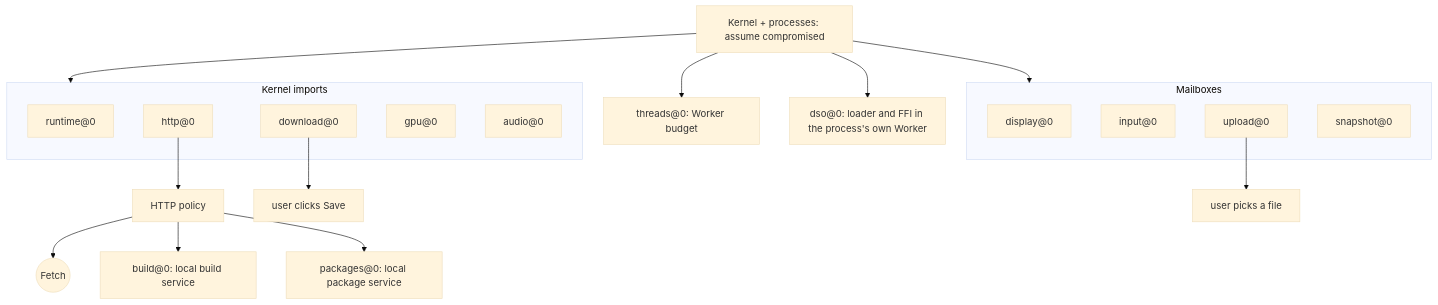
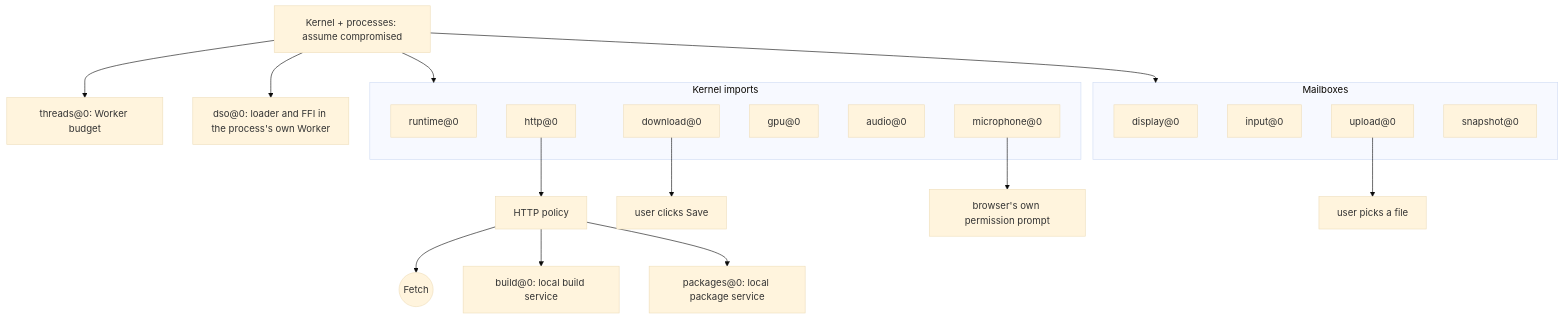
Before and after one commit to daugasauron/dolly: the diagram in docs/browser-boundary.md, drawn with Mermaid (base theme). The commit also changed other lines of this file and 31 other files, not shown here.

First line of the commit message:
microphone@0: a host module that records the browser's default input

````diff
--- a/docs/browser-boundary.md
+++ b/docs/browser-boundary.md
@@ -13,29 +13,31 @@
 ```mermaid
 flowchart TB
   guest["Kernel + processes: assume compromised"]
   subgraph imports["Kernel imports"]
     rt["runtime@0"]
     http["http@0"]
     dl["download@0"]
     gpu["gpu@0"]
     au["audio@0"]
+    mic["microphone@0"]
   end
   subgraph mailboxes["Mailboxes"]
     disp["display@0"]
     inp["input@0"]
     up["upload@0"]
     snap["snapshot@0"]
   end
   th["threads@0: Worker budget"]
   dso["dso@0: loader and FFI in the process's own Worker"]
   guest --> imports
   guest --> mailboxes
   guest --> th
   guest --> dso
   http --> policy["HTTP policy"]
   policy --> fetch(("Fetch"))
   policy --> build["build@0: local build service"]
   policy --> packages["packages@0: local package service"]
   dl --> save["user clicks Save"]
   up --> picker["user picks a file"]
+  mic --> prompt["browser's own permission prompt"]
 ```
````
